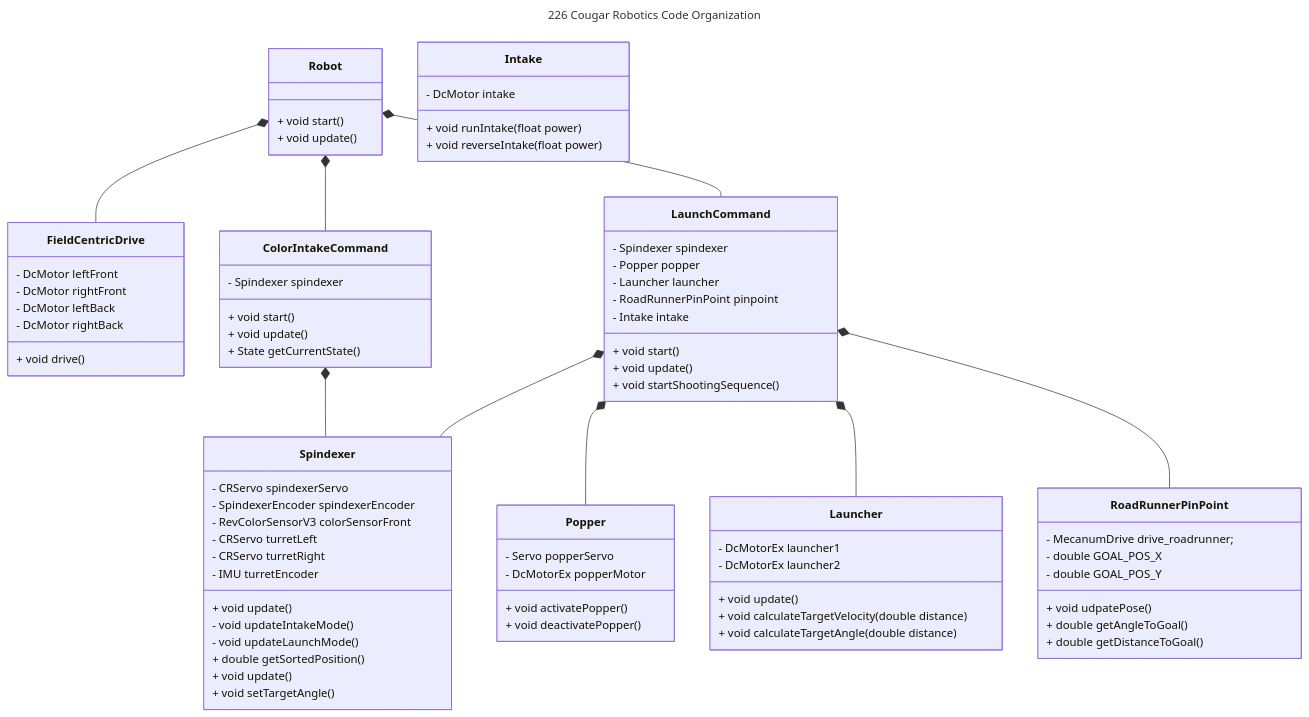
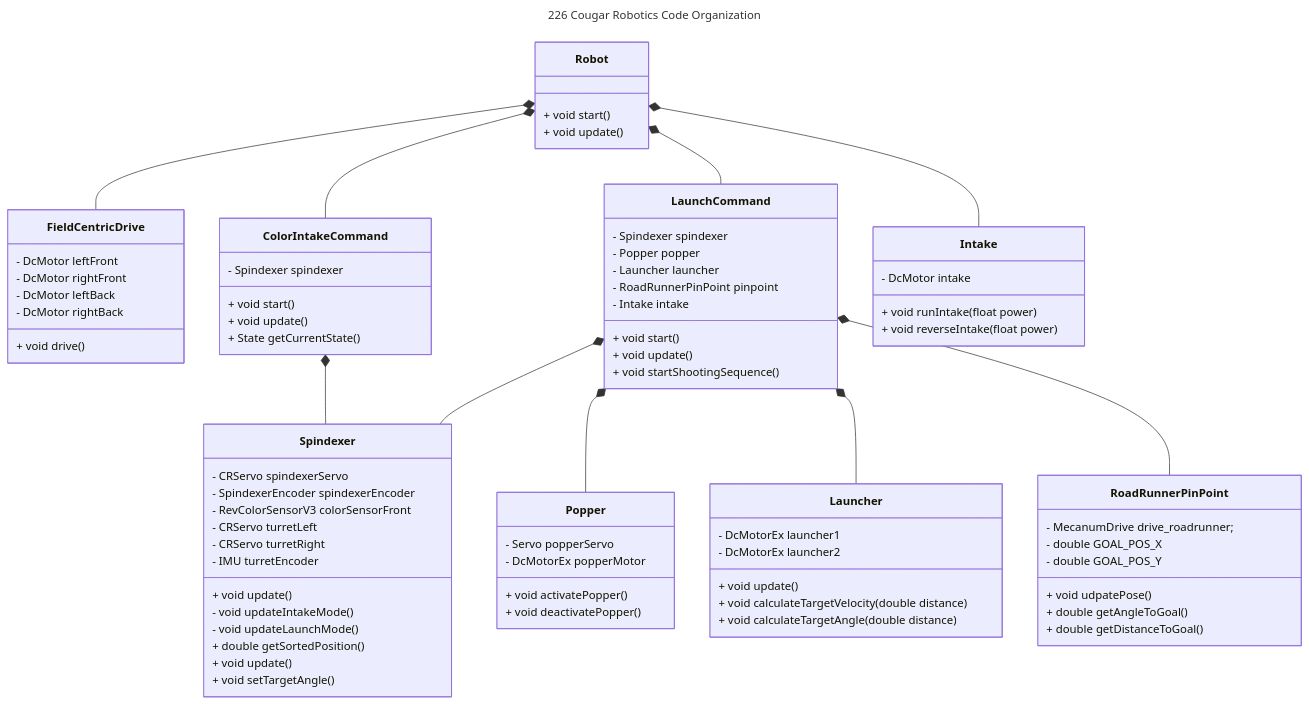
One commit to jadonx/226-Decode changed the diagram in TeamCode/src/main/java/org/firstinspires/ftc/teamcode/Subsystems/readme.md. Above: the diagram before and after it, drawn with Mermaid.

Commit message:
Add Intake command to readme.md

```diff
--- a/TeamCode/src/main/java/org/firstinspires/ftc/teamcode/Subsystems/readme.md
+++ b/TeamCode/src/main/java/org/firstinspires/ftc/teamcode/Subsystems/readme.md
@@ -78,6 +78,7 @@
 Robot *-- FieldCentricDrive
 Robot *-- ColorIntakeCommand
 Robot *-- LaunchCommand
+Robot *-- Intake
 LaunchCommand *-- Spindexer
 LaunchCommand *-- Popper
 LaunchCommand *-- Launcher
```
